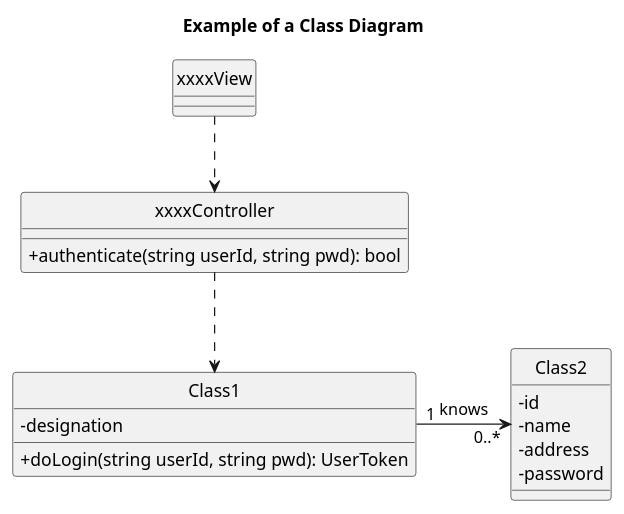
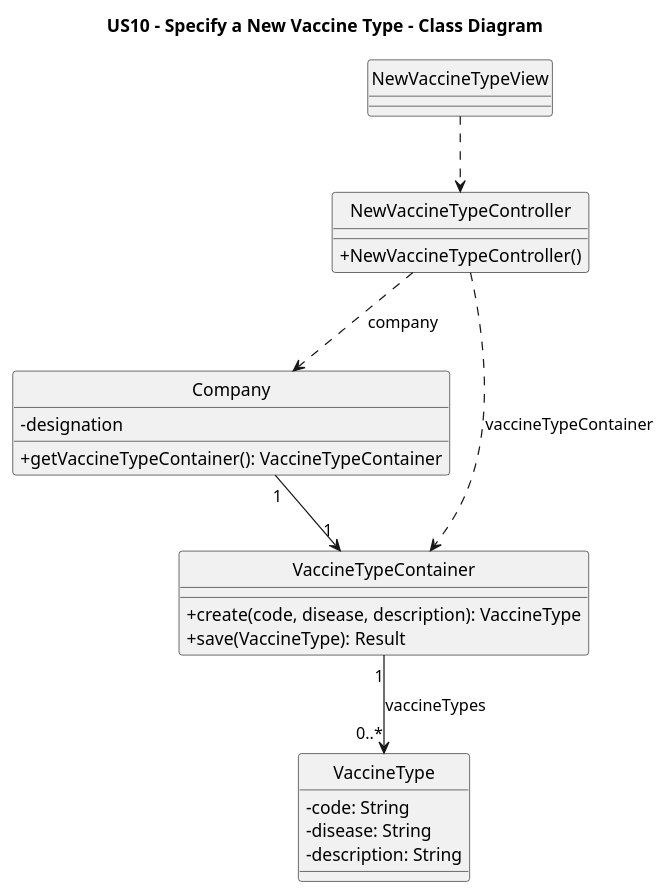
Before and after one commit to goncalomaia18/leti-esoft-25-26-C3: the diagram in docs/system-documentation/US10/puml/US10-CD.puml, drawn with PlantUML.

```diff
--- a/docs/system-documentation/US10/puml/US10-CD.puml
+++ b/docs/system-documentation/US10/puml/US10-CD.puml
@@ -1,35 +1,41 @@
 @startuml
 'https://plantuml.com/class-diagram
 
 hide circle
 skinparam classAttributeIconSize 0
 
-title Example of a Class Diagram
+title US10 - Specify a New Vaccine Type - Class Diagram
 
-class xxxxView {
-
+class NewVaccineTypeView  {
 }
 
-class xxxxController {
-    +authenticate(string userId, string pwd): bool
+class NewVaccineTypeController{
+    +NewVaccineTypeController()
 }
 
-class Class1 {
+class Company{
     -designation
-    +doLogin(string userId, string pwd): UserToken
+    +getVaccineTypeContainer(): VaccineTypeContainer
 }
 
-class Class2 {
-    -id
-    -name
-    -address
-    -password
+class VaccineTypeContainer{
+    +create(code, disease, description): VaccineType
+    +save(VaccineType): Result
 }
 
-xxxxView ..> xxxxController
+class VaccineType{
+    -code: String
+    -disease: String
+    -description: String
+}
 
-xxxxController ..> Class1
+NewVaccineTypeView ..> NewVaccineTypeController
 
-Class1 "1" -> "0..*" Class2: knows
+NewVaccineTypeController ..> Company : company
+NewVaccineTypeController ..> VaccineTypeContainer : vaccineTypeContainer
+
+Company "1" --> "1" VaccineTypeContainer
+
+VaccineTypeContainer "1" --> "0..*" VaccineType : vaccineTypes
 
 @enduml
```
